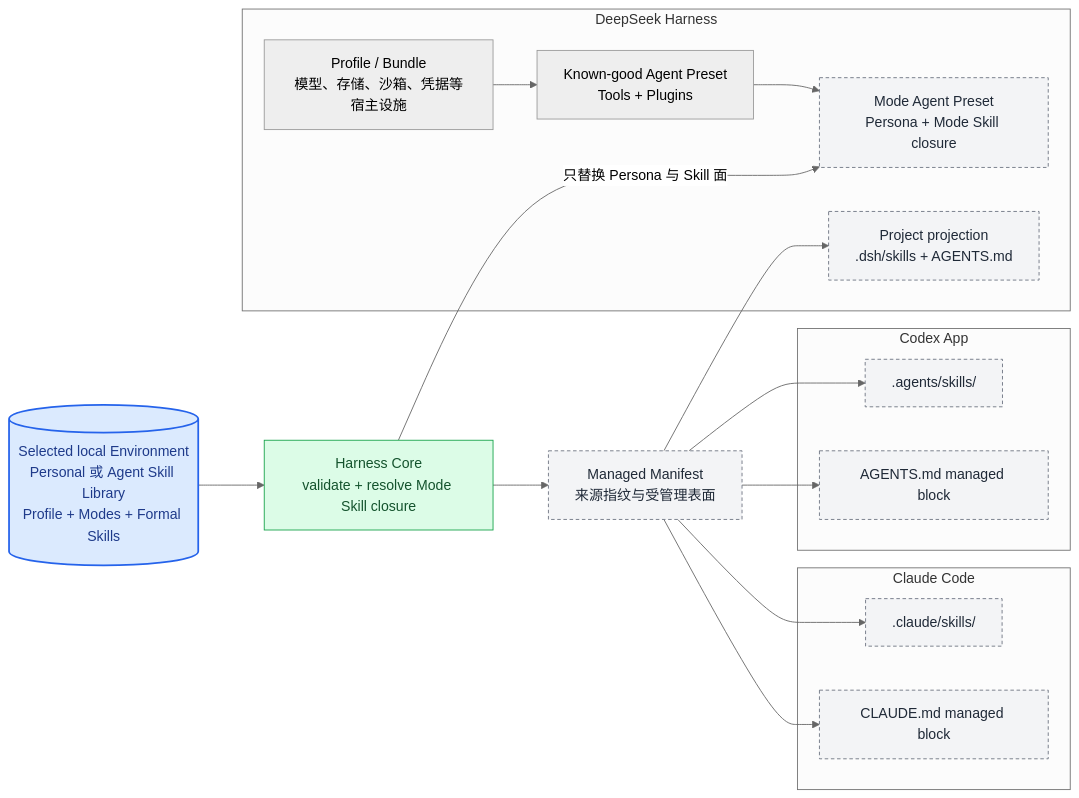
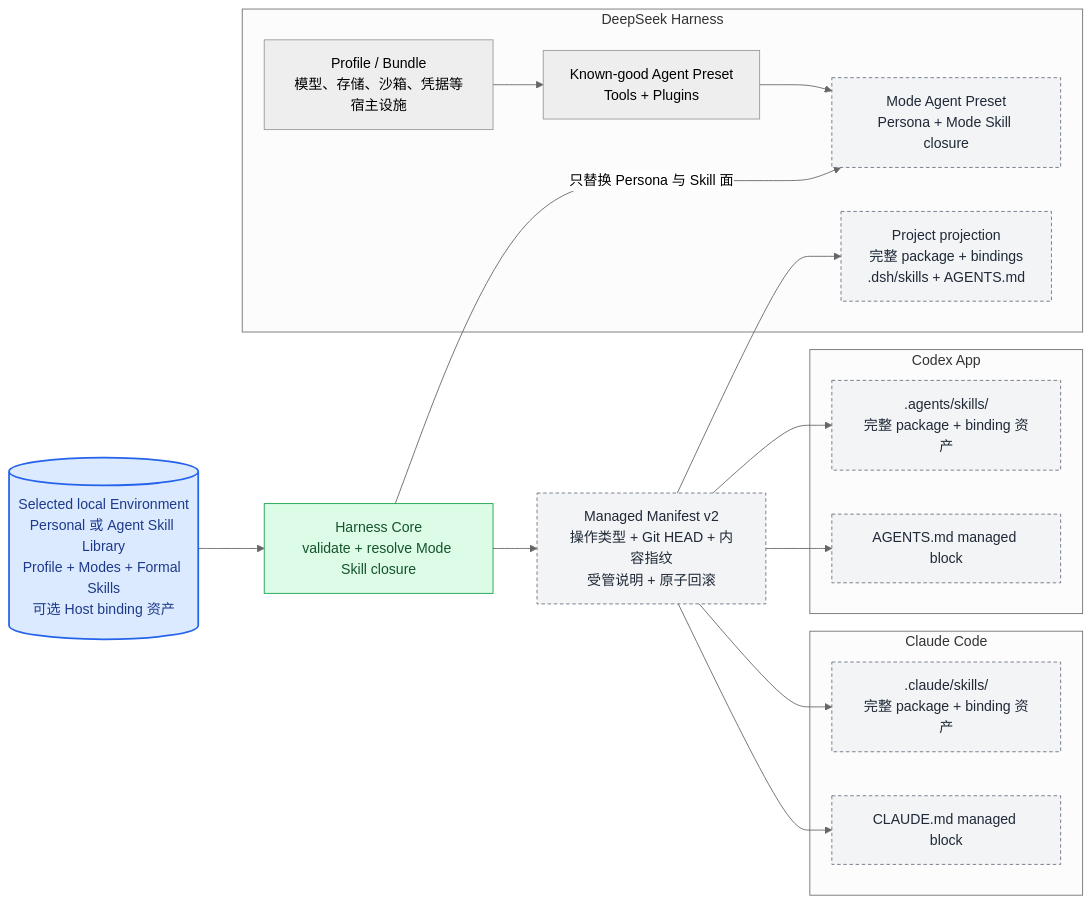
Diagram 14 of 15 in docs/asl-architecture-views.md (qihangzhang-272/asl-harness), drawn with Mermaid (neutral theme) before and after one commit. The commit also changed other lines of this file and 11 other files, not shown here.

````diff
--- a/docs/asl-architecture-views.md
+++ b/docs/asl-architecture-views.md
@@ -921,40 +926,40 @@
 ```mermaid
 flowchart LR
-    ENV[("Selected local Environment<br/>Personal 或 Agent Skill Library<br/>Profile + Modes + Formal Skills")]
+    ENV[("Selected local Environment<br/>Personal 或 Agent Skill Library<br/>Profile + Modes + Formal Skills<br/>可选 Host binding 资产")]
     RESOLVE["Harness Core<br/>validate + resolve Mode Skill closure"]
-    MANIFEST["Managed Manifest<br/>来源指纹与受管理表面"]
+    MANIFEST["Managed Manifest v2<br/>操作类型 + Git HEAD + 内容指纹<br/>受管说明 + 原子回滚"]
 
     subgraph CODEX["Codex App"]
-        CA[".agents/skills/<skill>"]
+        CA[".agents/skills/<skill><br/>完整 package + binding 资产"]
         CI["AGENTS.md managed block"]
     end
 
     subgraph CLAUDE["Claude Code"]
-        CS[".claude/skills/<skill>"]
+        CS[".claude/skills/<skill><br/>完整 package + binding 资产"]
         CC["CLAUDE.md managed block"]
     end
 
     subgraph DSH["DeepSeek Harness"]
-        DP["Project projection<br/>.dsh/skills + AGENTS.md"]
+        DP["Project projection<br/>完整 package + bindings<br/>.dsh/skills + AGENTS.md"]
         BASE["Known-good Agent Preset<br/>Tools + Plugins"]
         PRESET["Mode Agent Preset<br/>Persona + Mode Skill closure"]
         SHARED["Profile / Bundle<br/>模型、存储、沙箱、凭据等宿主设施"]
         BASE --> PRESET
         SHARED --> BASE
     end
 
     ENV --> RESOLVE --> MANIFEST
     MANIFEST --> CA
     MANIFEST --> CI
     MANIFEST --> CS
     MANIFEST --> CC
     MANIFEST --> DP
     RESOLVE -->|只替换 Persona 与 Skill 面| PRESET
 
     classDef truth fill:#dbeafe,stroke:#2563eb,color:#1e3a8a,stroke-width:2px;
     classDef done fill:#dcfce7,stroke:#16a34a,color:#14532d;
     classDef generated fill:#f3f4f6,stroke:#6b7280,color:#1f2937,stroke-dasharray:4 3;
     class ENV truth;
     class RESOLVE done;
     class MANIFEST,CA,CI,CS,CC,DP,PRESET generated;
 ```
````
